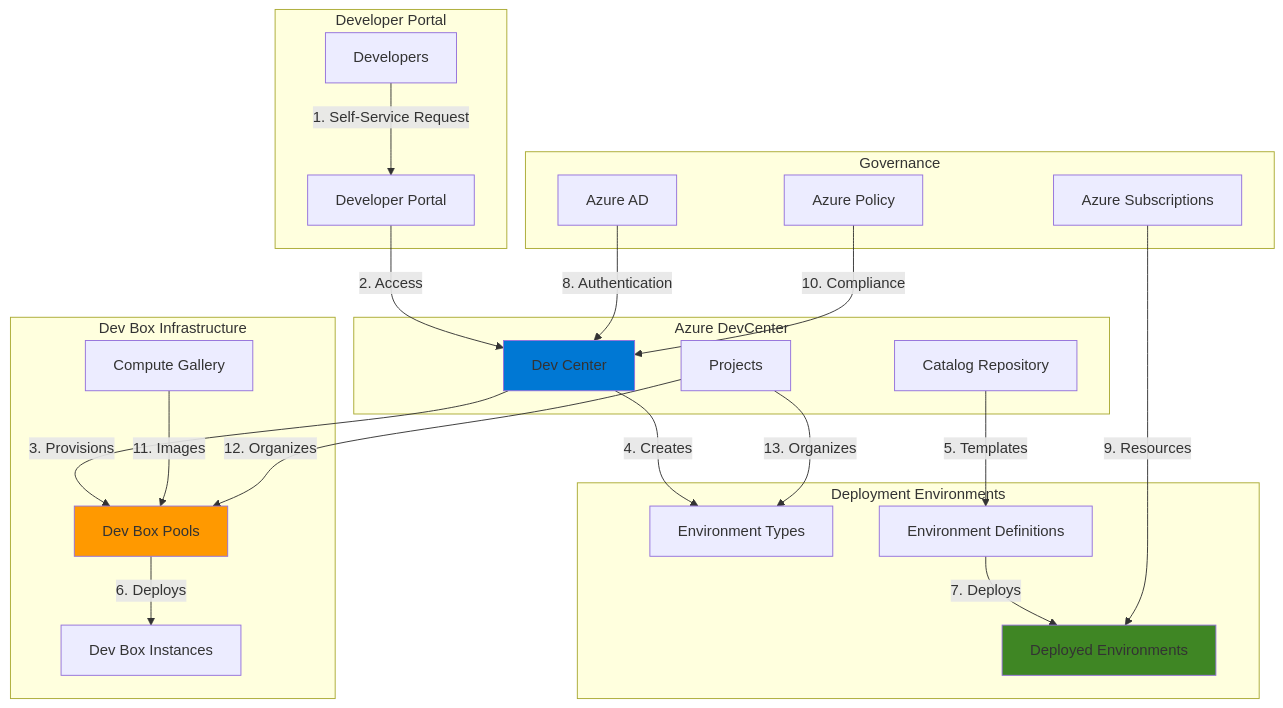
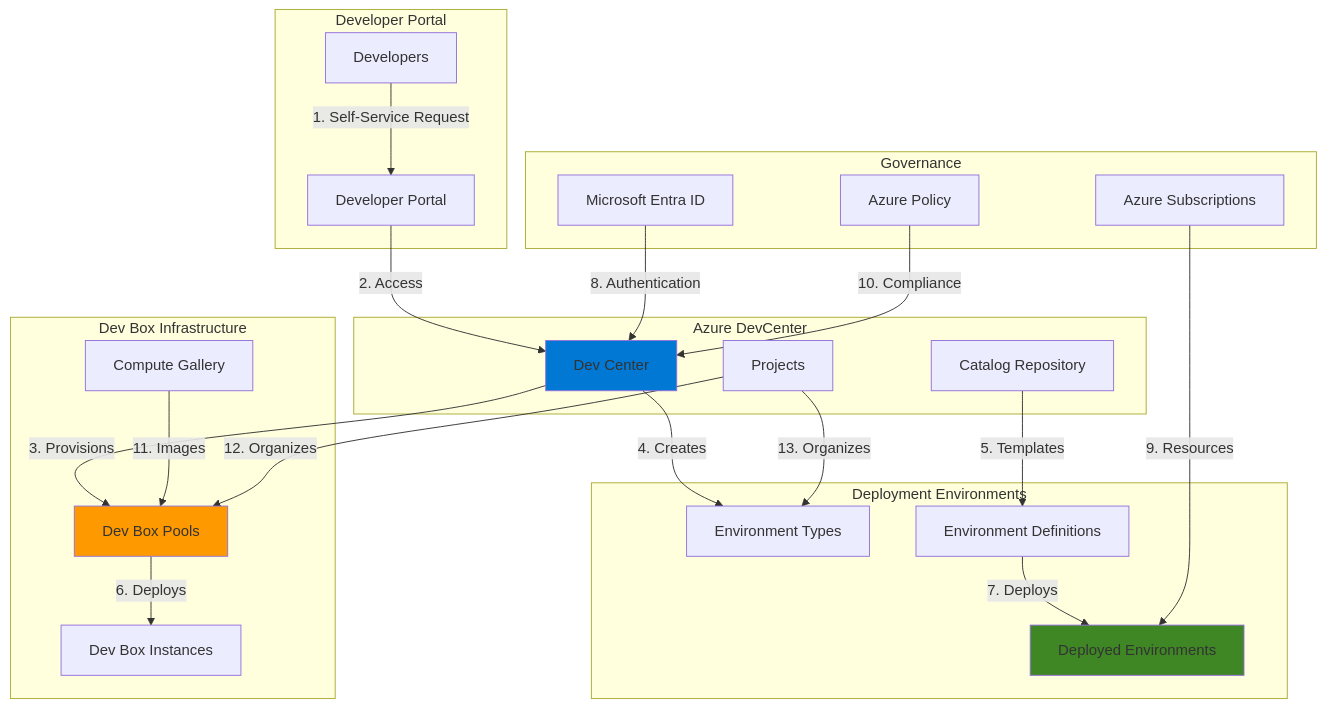
Before and after one commit to mzazon/awesome-cloud-projects: the diagram in azure/self-service-developer-infrastructure/self-service-developer-infrastructure.md, drawn with Mermaid. The commit also changed other lines of this file and 5581 other files, not shown here.

````diff
--- a/azure/self-service-developer-infrastructure/self-service-developer-infrastructure.md
+++ b/azure/self-service-developer-infrastructure/self-service-developer-infrastructure.md
@@ -30,49 +30,49 @@
 ```mermaid
 graph TB
     subgraph "Developer Portal"
         DEV[Developers]
         PORTAL[Developer Portal]
     end
     
     subgraph "Azure DevCenter"
         DC[Dev Center]
         CAT[Catalog Repository]
         PROJ[Projects]
     end
     
     subgraph "Dev Box Infrastructure"
         DBP[Dev Box Pools]
         DBI[Dev Box Instances]
         CI[Compute Gallery]
     end
     
     subgraph "Deployment Environments"
         ET[Environment Types]
         ED[Environment Definitions]
         ENV[Deployed Environments]
     end
     
     subgraph "Governance"
-        AAD[Azure AD]
+        ENTRA[Microsoft Entra ID]
         SUB[Azure Subscriptions]
         POL[Azure Policy]
     end
     
     DEV-->|1. Self-Service Request|PORTAL
     PORTAL-->|2. Access|DC
     DC-->|3. Provisions|DBP
     DC-->|4. Creates|ET
     CAT-->|5. Templates|ED
     DBP-->|6. Deploys|DBI
     ED-->|7. Deploys|ENV
-    AAD-->|8. Authentication|DC
+    ENTRA-->|8. Authentication|DC
     SUB-->|9. Resources|ENV
     POL-->|10. Compliance|DC
     CI-->|11. Images|DBP
     PROJ-->|12. Organizes|DBP
     PROJ-->|13. Organizes|ET
     
     style DC fill:#0078D4
     style DBP fill:#FF9900
     style ENV fill:#3F8624
 ```
````
